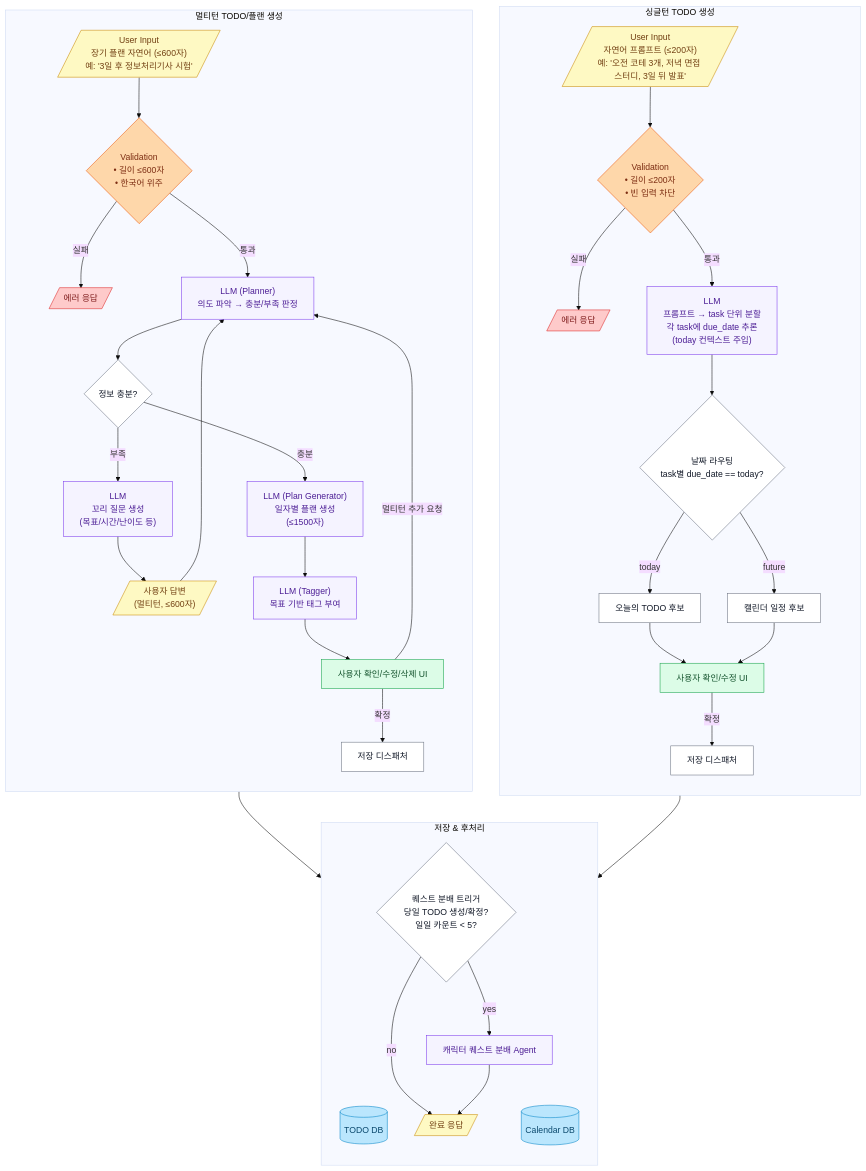
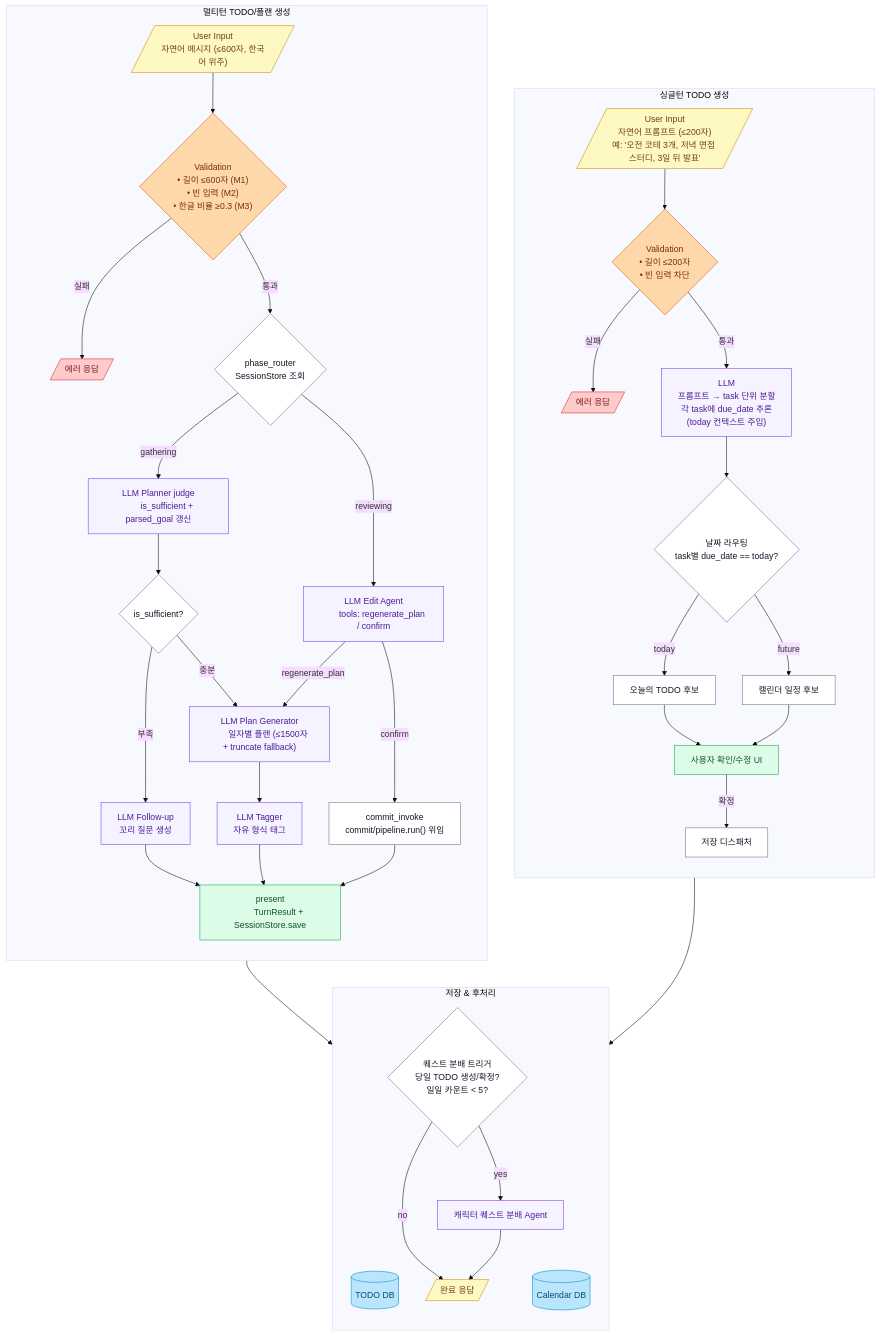
One commit to mong-studio/mongle-ai changed the diagram in docs/features/todo/architecture.mmd. Above: the diagram before and after it, drawn with Mermaid (base theme).

Commit message:
docs(todo): architecture.mmd MULTI 서브그래프 as-built 갱신

```diff
--- a/docs/features/todo/architecture.mmd
+++ b/docs/features/todo/architecture.mmd
@@ -1,117 +1,120 @@
 ---
 config:
   layout: fixed
 ---
 flowchart TB
  subgraph SINGLE["싱글턴 TODO 생성"]
     direction TB
         SA@{ label: "User Input\n        자연어 프롬프트 (≤200자)\n        예: '오전 코테 3개, 저녁 면접 스터디, 3일 뒤 발표'" }
         SV{"Validation
         • 길이 ≤200자
         • 빈 입력 차단"}
         SVE[/"에러 응답"/]
         SL["LLM
         프롬프트 → task 단위 분할
         각 task에 due_date 추론
         (today 컨텍스트 주입)"]
         SR{"날짜 라우팅
         task별 due_date == today?"}
         STD["오늘의 TODO 후보"]
         SCD["캘린더 일정 후보"]
         SE["사용자 확인/수정 UI"]
         SC["저장 디스패처"]
   end
  subgraph MULTI["멀티턴 TODO/플랜 생성"]
     direction TB
-        MA@{ label: "User Input\n        장기 플랜 자연어 (≤600자)\n        예: '3일 후 정보처리기사 시험'" }
+        MA@{ label: "User Input
+        자연어 메시지 (≤600자, 한국어 위주)" }
         MV{"Validation
-        • 길이 ≤600자
-        • 한국어 위주"}
+        • 길이 ≤600자 (M1)
+        • 빈 입력 (M2)
+        • 한글 비율 ≥0.3 (M3)"}
         MVE[/"에러 응답"/]
-        MPS["LLM (Planner)
-        의도 파악 → 충분/부족 판정"]
-        MQ{"정보 충분?"}
-        MFU["LLM
-        꼬리 질문 생성
-        (목표/시간/난이도 등)"]
-        MAU[/"사용자 답변
-        (멀티턴, ≤600자)"/]
-        MPG["LLM (Plan Generator)
-        일자별 플랜 생성
-        (≤1500자)"]
-        MTG["LLM (Tagger)
-        목표 기반 태그 부여"]
-        ME["사용자 확인/수정/삭제 UI"]
-        MC["저장 디스패처"]
+        MPR{"phase_router
+        SessionStore 조회"}
+        MPS["LLM Planner judge
+        is_sufficient + parsed_goal 갱신"]
+        MQ{"is_sufficient?"}
+        MFU["LLM Follow-up
+        꼬리 질문 생성"]
+        MPG["LLM Plan Generator
+        일자별 플랜 (≤1500자 + truncate fallback)"]
+        MTG["LLM Tagger
+        자유 형식 태그"]
+        EA["LLM Edit Agent
+        tools: regenerate_plan / confirm"]
+        ME["present
+        TurnResult + SessionStore.save"]
+        MC["commit_invoke
+        commit/pipeline.run() 위임"]
   end
  subgraph COMMIT["저장 & 후처리"]
     direction TB
         DB1[("TODO DB")]
         DB2[("Calendar DB")]
         QA{"퀘스트 분배 트리거
         당일 TODO 생성/확정?
         일일 카운트 &lt; 5?"}
         QAGENT["캐릭터 퀘스트 분배 Agent"]
         END_OK[/"완료 응답"/]
   end
     SA --> SV
     SV -- 실패 --> SVE
     SV -- 통과 --> SL
     SL --> SR
     SR -- today --> STD
     SR -- future --> SCD
     STD --> SE
     SCD --> SE
     SE -- 확정 --> SC
     MA --> MV
     MV -- 실패 --> MVE
-    MV -- 통과 --> MPS
+    MV -- 통과 --> MPR
+    MPR -- gathering --> MPS
+    MPR -- reviewing --> EA
     MPS --> MQ
-    MQ -- 부족 --> MFU
-    MFU --> MAU
-    MAU --> MPS
-    MQ -- 충분 --> MPG
-    MPG --> MTG
-    MTG --> ME
-    ME -- 멀티턴 추가 요청 --> MPS
-    ME -- 확정 --> MC
+    MQ -- 부족 --> MFU --> ME
+    MQ -- 충분 --> MPG --> MTG --> ME
+    EA -- regenerate_plan --> MPG
+    EA -- confirm --> MC --> ME
     SC --> COMMIT
     MC --> COMMIT
     QA -- yes --> QAGENT
     QA -- no --> END_OK
     QAGENT --> END_OK
 
     SA@{ shape: lean-r}
     MA@{ shape: lean-r}
      SA:::input
      SV:::validation
      SVE:::error
      SL:::ai
      SR:::process
      STD:::process
      SCD:::process
      SE:::ui
      SC:::process
      MA:::input
      MV:::validation
      MVE:::error
+     MPR:::process
      MPS:::ai
      MQ:::process
      MFU:::ai
-     MAU:::input
      MPG:::ai
      MTG:::ai
+     EA:::ai
      ME:::ui
      MC:::process
      DB1:::storage
      DB2:::storage
      QA:::process
      QAGENT:::ai
      END_OK:::input
     classDef input fill:#fef9c3,stroke:#ca8a04,color:#713f12
     classDef validation fill:#fed7aa,stroke:#ea580c,color:#7c2d12
     classDef error fill:#fecaca,stroke:#dc2626,color:#7f1d1d
     classDef process fill:#ffffff,stroke:#6b7280,color:#111827
     classDef ai fill:#f5f3ff,stroke:#7c3aed,color:#4c1d95
     classDef storage fill:#bae6fd,stroke:#0284c7,color:#0c4a6e
     classDef ui fill:#dcfce7,stroke:#16a34a,color:#14532d
```
